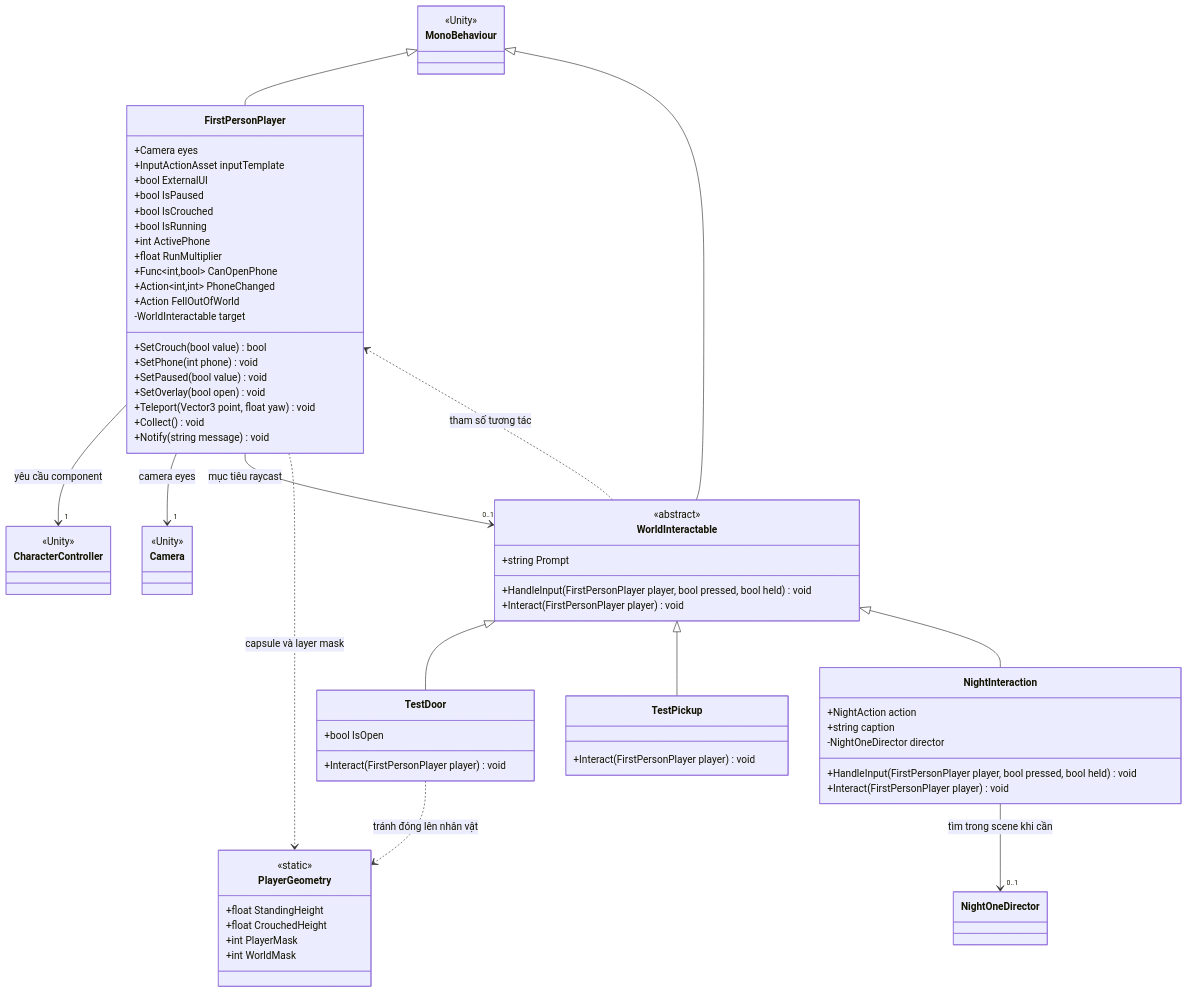
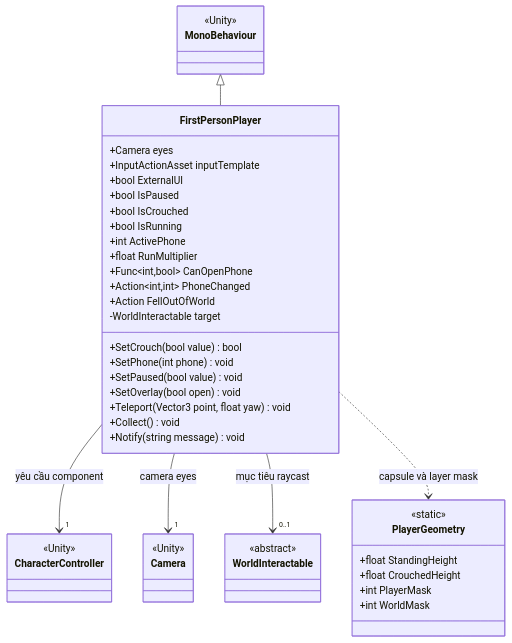
One commit to qivarnq3g/3-gio-12 changed the first of 6 diagrams in docs/thiet-ke/luoc-do-lop-game.md. Above: the diagram before and after it, drawn with Mermaid. The commit also changed other lines of this file and 2 other files, not shown here.

First line of the commit message:
docs: đưa chương 5 vào thuyết minh, tách hình nhân vật và tương tác (#13)

````diff
--- a/docs/thiet-ke/luoc-do-lop-game.md
+++ b/docs/thiet-ke/luoc-do-lop-game.md
@@ -26,73 +28,49 @@
 ```mermaid
 classDiagram
     direction TB
     class MonoBehaviour {
         <<Unity>>
     }
     class FirstPersonPlayer {
         +Camera eyes
         +InputActionAsset inputTemplate
         +bool ExternalUI
         +bool IsPaused
         +bool IsCrouched
         +bool IsRunning
         +int ActivePhone
         +float RunMultiplier
         +Func~int,bool~ CanOpenPhone
         +Action~int,int~ PhoneChanged
         +Action FellOutOfWorld
         -WorldInteractable target
         +SetCrouch(bool value) bool
         +SetPhone(int phone) void
         +SetPaused(bool value) void
         +SetOverlay(bool open) void
         +Teleport(Vector3 point, float yaw) void
         +Collect() void
         +Notify(string message) void
     }
     class WorldInteractable {
         <<abstract>>
-        +string Prompt
-        +HandleInput(FirstPersonPlayer player, bool pressed, bool held) void
-        +Interact(FirstPersonPlayer player) void
-    }
-    class TestDoor {
-        +bool IsOpen
-        +Interact(FirstPersonPlayer player) void
-    }
-    class TestPickup {
-        +Interact(FirstPersonPlayer player) void
-    }
-    class NightInteraction {
-        +NightAction action
-        +string caption
-        -NightOneDirector director
-        +HandleInput(FirstPersonPlayer player, bool pressed, bool held) void
-        +Interact(FirstPersonPlayer player) void
     }
     class PlayerGeometry {
         <<static>>
         +float StandingHeight
         +float CrouchedHeight
         +int PlayerMask
         +int WorldMask
     }
     class CharacterController {
         <<Unity>>
     }
     class Camera {
         <<Unity>>
     }
     MonoBehaviour <|-- FirstPersonPlayer
-    MonoBehaviour <|-- WorldInteractable
-    WorldInteractable <|-- TestDoor
-    WorldInteractable <|-- TestPickup
-    WorldInteractable <|-- NightInteraction
     FirstPersonPlayer --> "1" CharacterController : yêu cầu component
     FirstPersonPlayer --> "1" Camera : camera eyes
     FirstPersonPlayer --> "0..1" WorldInteractable : mục tiêu raycast
     FirstPersonPlayer ..> PlayerGeometry : capsule và layer mask
-    TestDoor ..> PlayerGeometry : tránh đóng lên nhân vật
-    WorldInteractable ..> FirstPersonPlayer : tham số tương tác
-    NightInteraction --> "0..1" NightOneDirector : tìm trong scene khi cần
 ```
````
